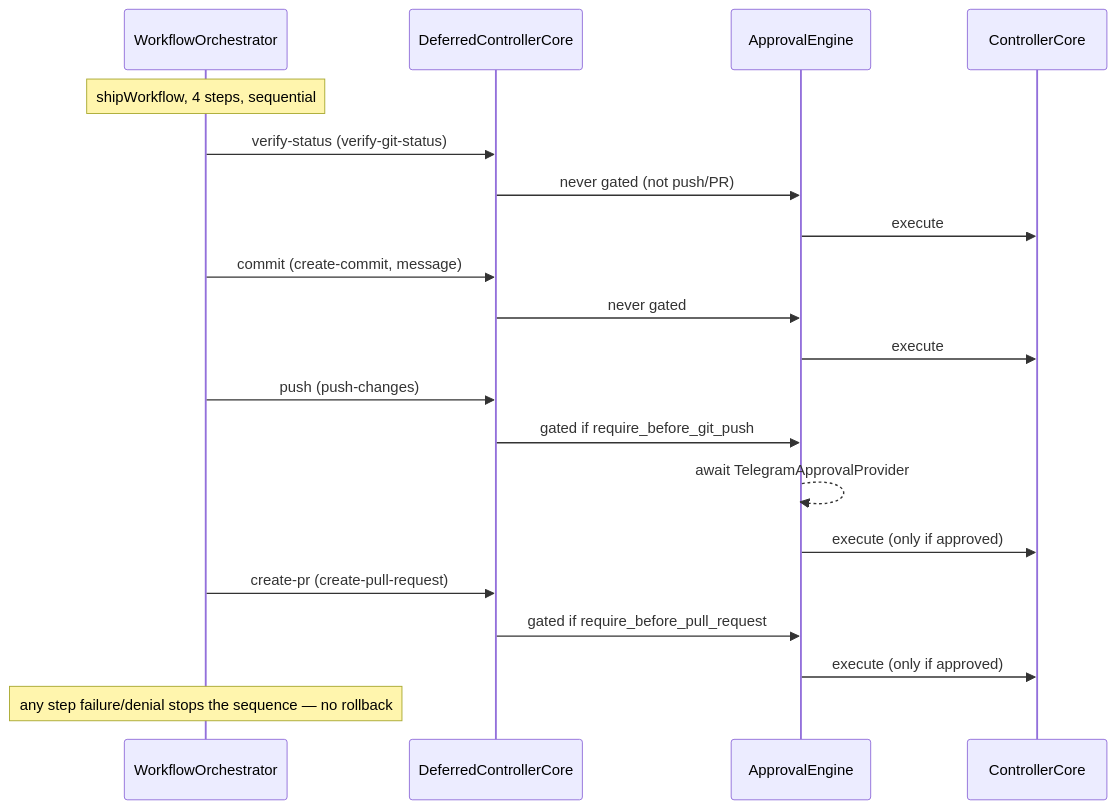
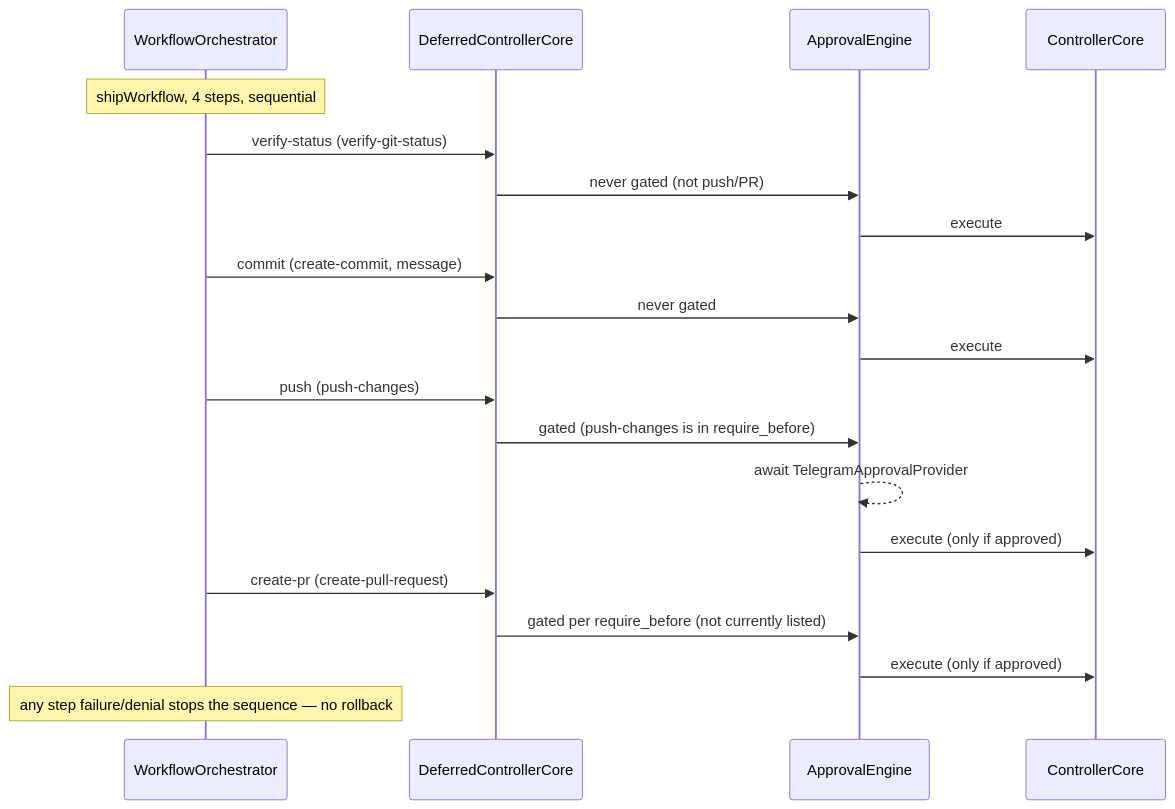
Before and after one commit to taijulsir/ai-controller: the first of 2 diagrams in EXECUTION_PIPELINE.md, drawn with Mermaid. The commit also changed other lines of this file and 81 other files, not shown here.

````diff
--- a/EXECUTION_PIPELINE.md
+++ b/EXECUTION_PIPELINE.md
@@ -78,22 +93,22 @@
 ```mermaid
 sequenceDiagram
     participant WO as WorkflowOrchestrator
     participant DCC as DeferredControllerCore
     participant AE as ApprovalEngine
     participant CC as ControllerCore
     Note over WO: shipWorkflow, 4 steps, sequential
     WO->>DCC: verify-status (verify-git-status)
     DCC->>AE: never gated (not push/PR)
     AE->>CC: execute
     WO->>DCC: commit (create-commit, message)
     DCC->>AE: never gated
     AE->>CC: execute
     WO->>DCC: push (push-changes)
-    DCC->>AE: gated if require_before_git_push
+    DCC->>AE: gated (push-changes is in require_before)
     AE-->>AE: await TelegramApprovalProvider
     AE->>CC: execute (only if approved)
     WO->>DCC: create-pr (create-pull-request)
-    DCC->>AE: gated if require_before_pull_request
+    DCC->>AE: gated per require_before (not currently listed)
     AE->>CC: execute (only if approved)
     Note over WO: any step failure/denial stops the sequence — no rollback
 ```
````
